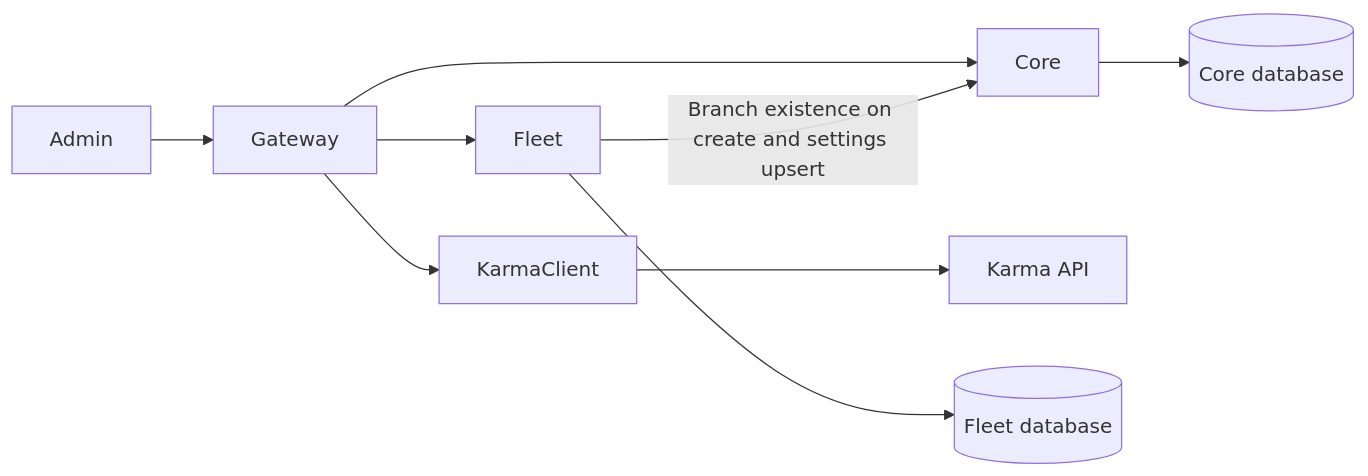
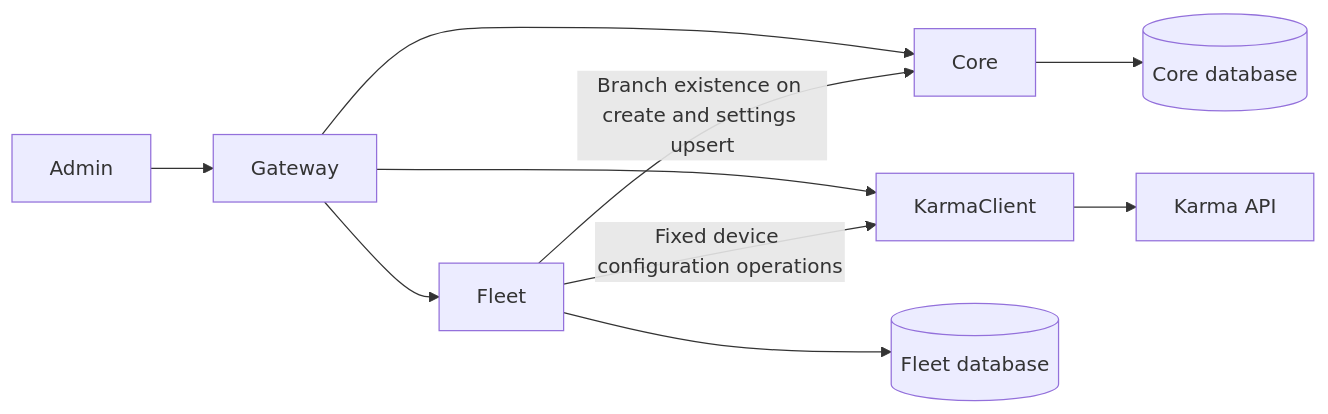
Before and after one commit to agavazov/holita: the diagram in docs/architecture/overview.md, drawn with Mermaid. The commit also changed other lines of this file and 95 other files, not shown here.

First line of the commit message:
feat(fleet): add durable eData configuration management

````diff
--- a/docs/architecture/overview.md
+++ b/docs/architecture/overview.md
@@ -52,11 +56,12 @@
 ```mermaid
 flowchart LR
   Admin --> Gateway
   Gateway --> Core
   Gateway --> Fleet
   Gateway --> KarmaClient
   KarmaClient --> KarmaAPI[Karma API]
+  Fleet -->|Fixed device configuration operations| KarmaClient
   Core --> CoreDB[(Core database)]
   Fleet --> FleetDB[(Fleet database)]
   Fleet -->|Branch existence on create and settings upsert| Core
 ```
````
